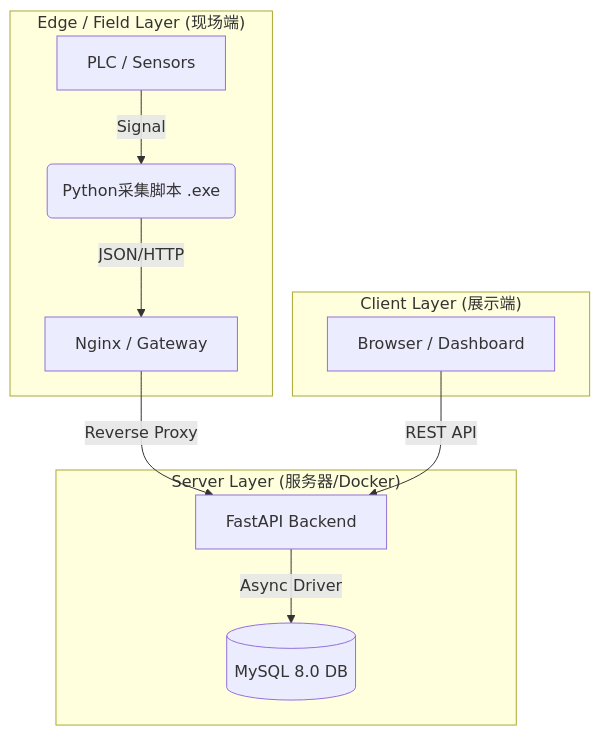
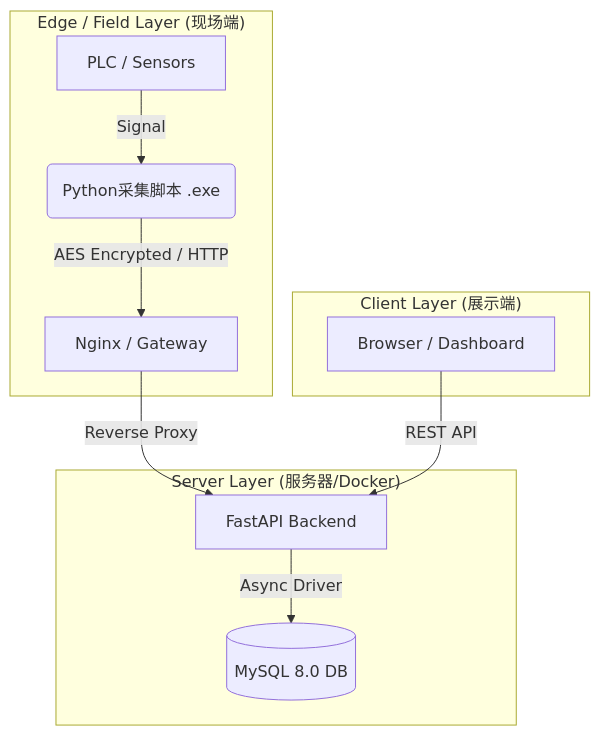
The diagram in README.md (Run-HaJi/Mini-MES), drawn with Mermaid before and after one commit. The commit also changed other lines of this file, not shown here.

````diff
--- a/README.md
+++ b/README.md
@@ -75,17 +76,17 @@
 ```mermaid
 graph TD
     subgraph "Edge / Field Layer (现场端)"
         A[PLC / Sensors] -->|Signal| B(Python采集脚本 .exe)
-        B -->|JSON/HTTP| C[Nginx / Gateway]
+        B -->|AES Encrypted / HTTP| C[Nginx / Gateway]
     end
 
     subgraph "Server Layer (服务器/Docker)"
         C -->|Reverse Proxy| D[FastAPI Backend]
         D -->|Async Driver| E[(MySQL 8.0 DB)]
     end
 
     subgraph "Client Layer (展示端)"
         F[Browser / Dashboard] -->|REST API| D
     end
 
 ```
````
